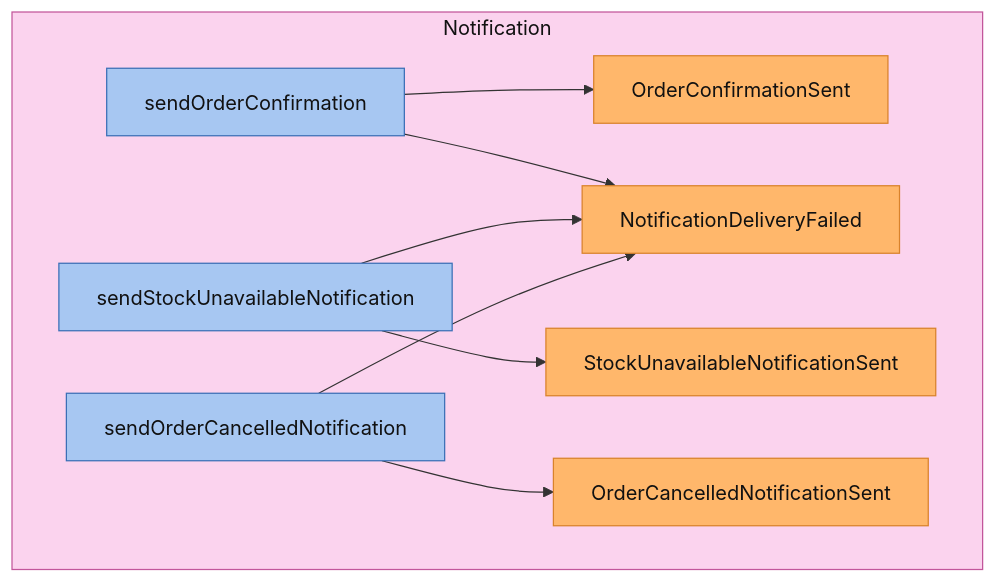
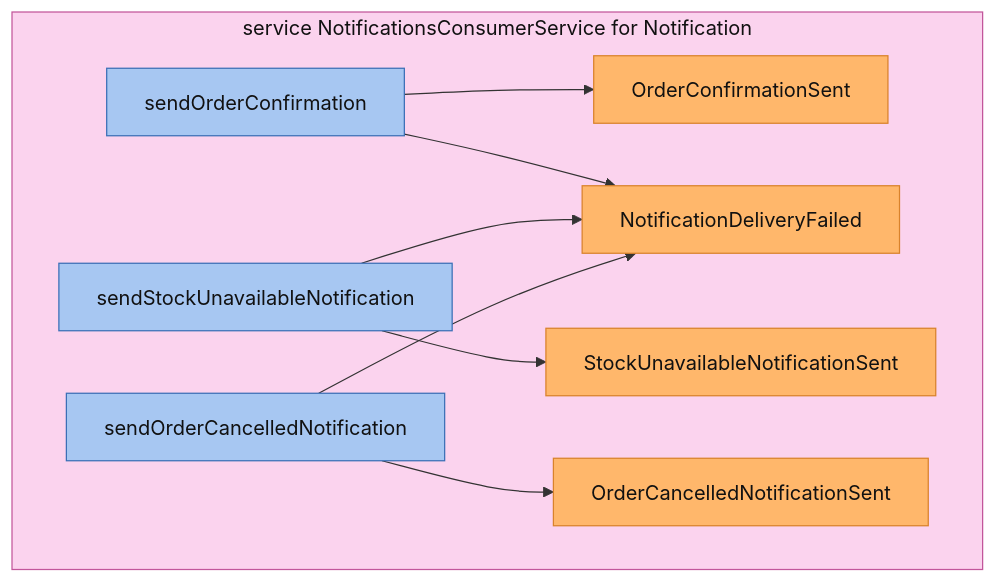
The second of 5 diagrams in dsl-docs/src/commonTest/resources/snapshots/arcadia-modulith/modules/notifications-consumer.md (ZenWave360/dsl-kotlin), drawn with Mermaid before and after one commit. The commit also changed other lines of this file and 14 other files, not shown here.

Commit message:
feat(views,docs): service box label as in the ZDL, @json field types, one domain events diagram per ZDL

````diff
--- a/dsl-docs/src/commonTest/resources/snapshots/arcadia-modulith/modules/notifications-consumer.md
+++ b/dsl-docs/src/commonTest/resources/snapshots/arcadia-modulith/modules/notifications-consumer.md
@@ -104,29 +103,29 @@
 ```mermaid
 flowchart LR
   classDef command fill:#a7c7f2,stroke:#3b6fb6,color:#111
   classDef event fill:#ffb76b,stroke:#d9822b,color:#111
-  subgraph agg_Notification["Notification"]
+  subgraph agg_NotificationsConsumerService["service NotificationsConsumerService for Notification"]
     direction LR
     cmd_sendOrderConfirmation["sendOrderConfirmation"]
     cmd_sendStockUnavailableNotification["sendStockUnavailableNotification"]
     cmd_sendOrderCancelledNotification["sendOrderCancelledNotification"]
     evt_OrderConfirmationSent["OrderConfirmationSent"]
     evt_NotificationDeliveryFailed["NotificationDeliveryFailed"]
     evt_StockUnavailableNotificationSent["StockUnavailableNotificationSent"]
     evt_OrderCancelledNotificationSent["OrderCancelledNotificationSent"]
   end
-  style agg_Notification fill:#fbd3ee,stroke:#c2569b,color:#111
+  style agg_NotificationsConsumerService fill:#fbd3ee,stroke:#c2569b,color:#111
   class cmd_sendOrderConfirmation command
   class cmd_sendStockUnavailableNotification command
   class cmd_sendOrderCancelledNotification command
   class evt_OrderConfirmationSent event
   class evt_NotificationDeliveryFailed event
   class evt_StockUnavailableNotificationSent event
   class evt_OrderCancelledNotificationSent event
   cmd_sendOrderConfirmation --> evt_OrderConfirmationSent
   cmd_sendOrderConfirmation --> evt_NotificationDeliveryFailed
   cmd_sendStockUnavailableNotification --> evt_StockUnavailableNotificationSent
   cmd_sendStockUnavailableNotification --> evt_NotificationDeliveryFailed
   cmd_sendOrderCancelledNotification --> evt_OrderCancelledNotificationSent
   cmd_sendOrderCancelledNotification --> evt_NotificationDeliveryFailed
 ```
````
